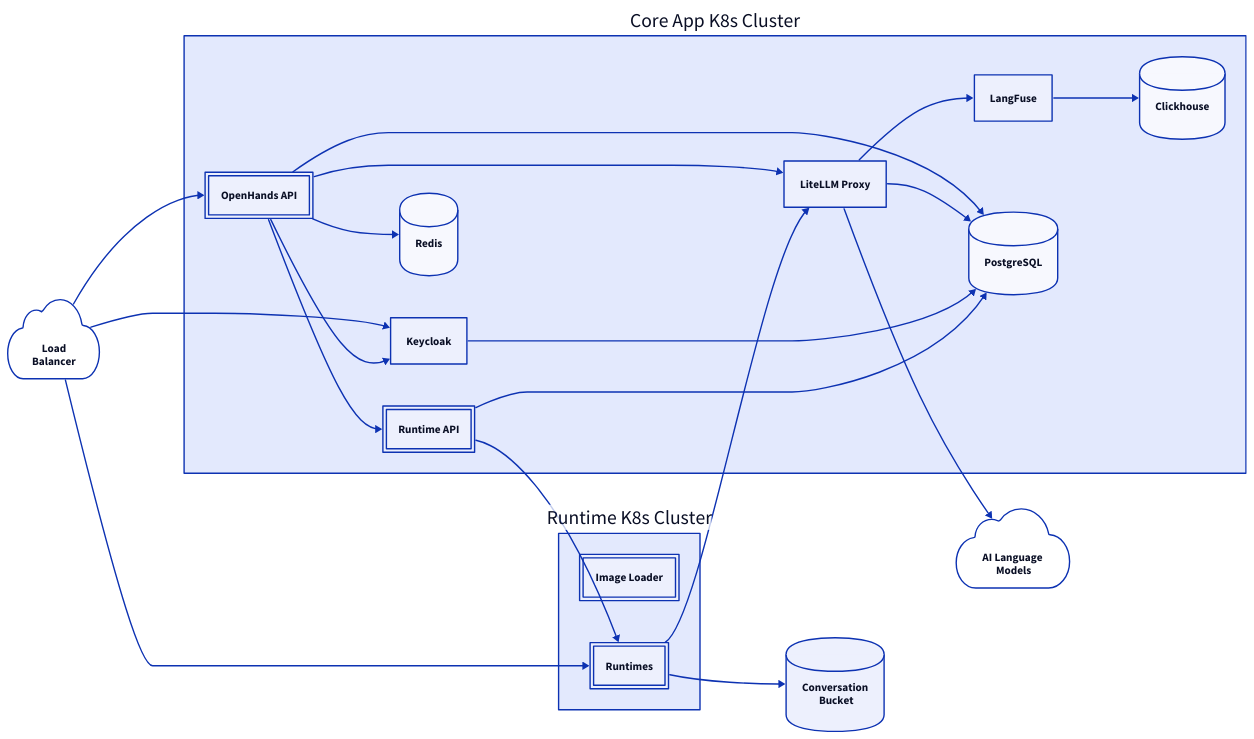
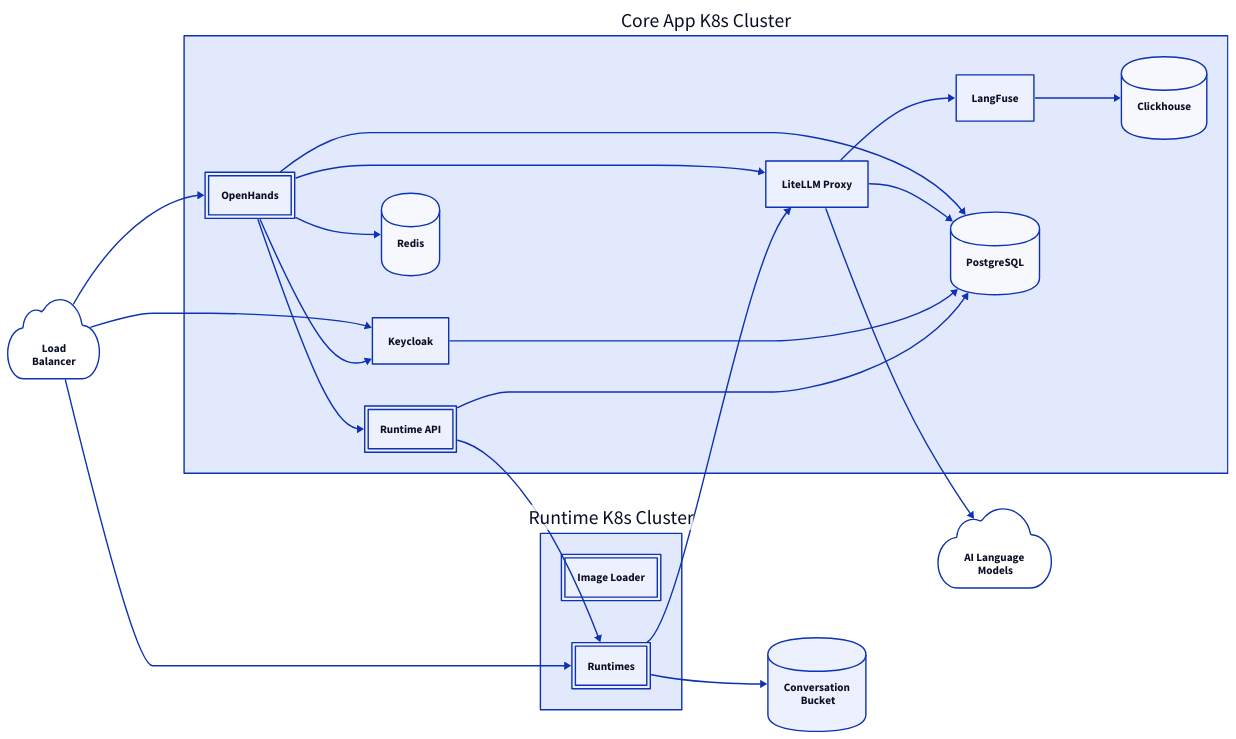
Before and after one commit to All-Hands-AI/OpenHands-Cloud: the diagram in docs/assets/fig1.d2, drawn with D2. The commit also changed 3 other files, not shown here.

Commit message:
Update diagram

```diff
--- a/docs/assets/fig1.d2
+++ b/docs/assets/fig1.d2
@@ -1,73 +1,73 @@
 # Use https://play.d2lang.com to edit with preview (layout engine ELK)
 # To update the SVG, run: (cd docs && ./build-diagrams.sh)
 
 direction: right
 
 classes: {
   all-hands: {
     style: {
       double-border: true
     }
   }
 }
 
 core-app: Core App K8s Cluster {
-  openhands-api: OpenHands API {
+  openhands: OpenHands {
     class: all-hands
   }
   runtime-api: Runtime API {
     class: all-hands
   }
 
   keycloak: Keycloak
 
   langfuse: LangFuse
   litellm: LiteLLM Proxy
   redis: Redis {
     shape: cylinder
   }
   clickhouse: Clickhouse {
     shape: cylinder
   }
   postgres: PostgreSQL {
     shape: cylinder
   }
 }
 
 runtime: Runtime K8s Cluster {
   image-loader: Image Loader {
     class: all-hands
   }
   runtimes: Runtimes {
     class: all-hands
   }
 }
 convo-bucket: Conversation\n Bucket {
   shape: cylinder
 }
 llms: AI Language\n Models {
   shape: cloud
 }
 lb: Load\nBalancer {
   shape: cloud
 }
 
 lb -> runtime.runtimes
 core-app.litellm -> llms
 
-lb -> core-app.openhands-api
+lb -> core-app.openhands
 lb -> core-app.keycloak
-core-app.openhands-api -> core-app.runtime-api
-core-app.openhands-api -> core-app.keycloak
-core-app.openhands-api -> core-app.redis
+core-app.openhands -> core-app.runtime-api
+core-app.openhands -> core-app.keycloak
+core-app.openhands -> core-app.redis
 runtime.runtimes -> convo-bucket
 core-app.runtime-api -> runtime.runtimes
 core-app.litellm -> core-app.langfuse
 core-app.langfuse -> core-app.clickhouse
-core-app.openhands-api -> core-app.litellm
+core-app.openhands -> core-app.litellm
 
-core-app.openhands-api -> core-app.postgres
+core-app.openhands -> core-app.postgres
 core-app.litellm -> core-app.postgres
 core-app.keycloak -> core-app.postgres
 core-app.runtime-api -> core-app.postgres
 runtime.runtimes -> core-app.litellm
```
